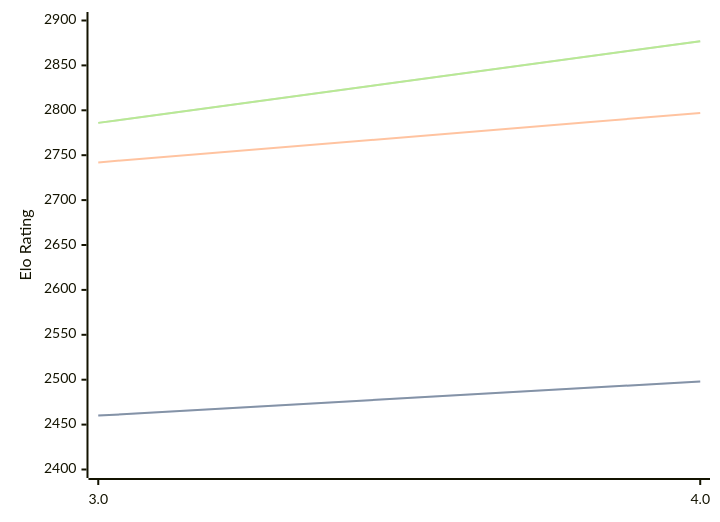
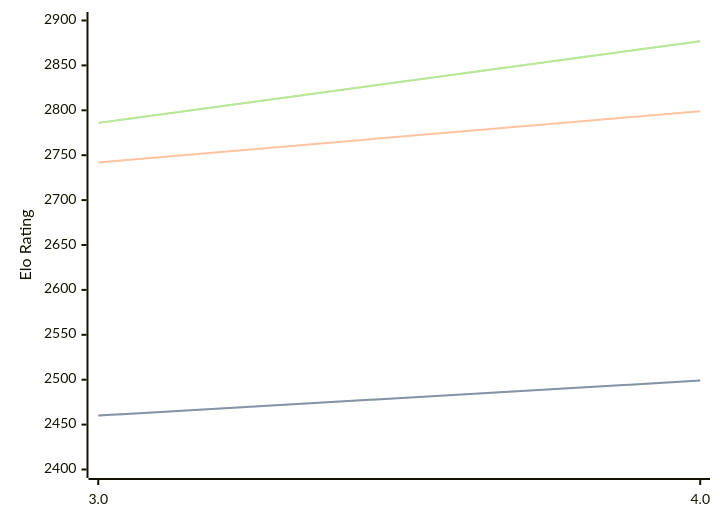
The third of 3 diagrams in engines/Chess3.md (computer-chess-index/cci), drawn with Mermaid before and after one commit. The commit also changed other lines of this file, not shown here.

````diff
--- a/engines/Chess3.md
+++ b/engines/Chess3.md
@@ -67,11 +67,11 @@
 ```mermaid
 %%{init: {"theme":"base","themeVariables":{"seriesColors:['#a3a3a3','#222221','#faa371']}}}%%
 xychart-beta
   x-axis ["3.0", "4.0"]
   y-axis "Elo Rating" 2400 --> 2900
-  line "STC (8.0+0.08s)" [2460, 2498]
-  line "STC (8.0+0.08s)" [2460, 2498]
-  line "LTC (60.0+0.60s)" [2742, 2797]
+  line "STC (8.0+0.08s)" [2460, 2499]
+  line "STC (8.0+0.08s)" [2460, 2499]
+  line "LTC (60.0+0.60s)" [2742, 2799]
   line "VLTC (2m24s+1.12s)" [2786, 2877]
   line "VLTC (2m24s+1.12s)" [2786, 2877]
 ```
````
